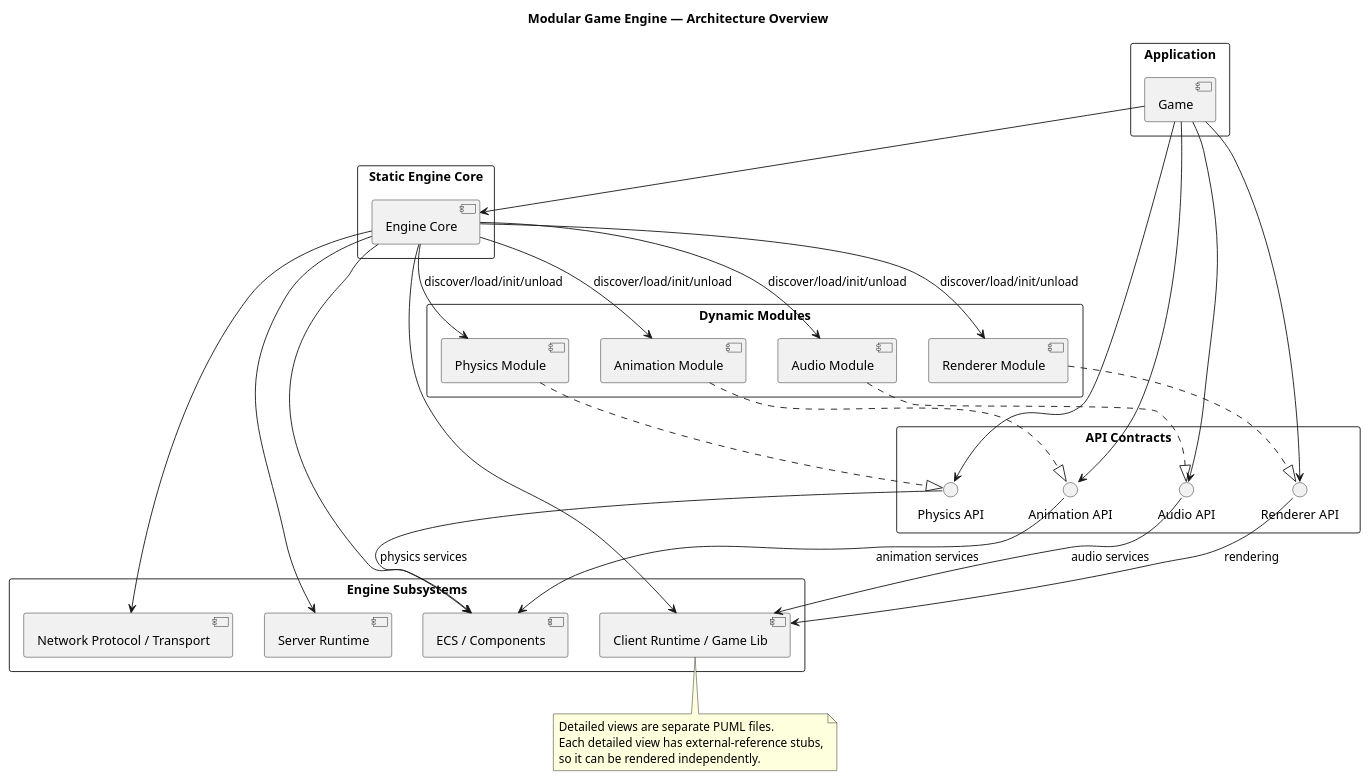
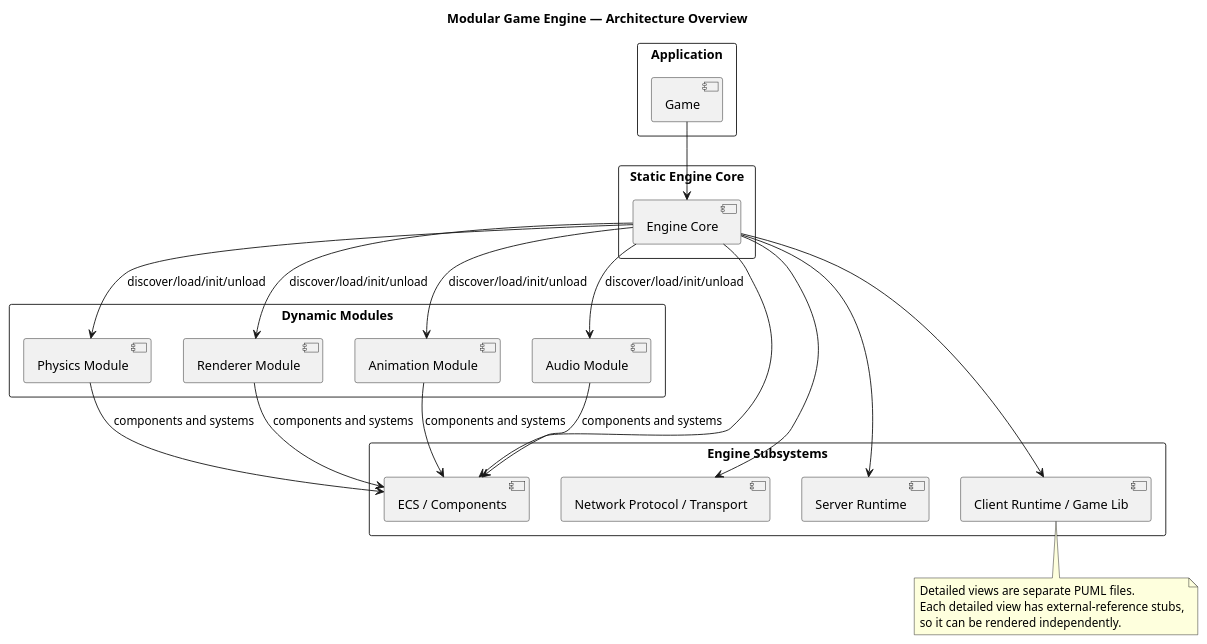
The diagram in docs/architecture/00_overview.puml (aludnier/R-Type_Mirror), drawn with PlantUML before and after one commit. The commit also changed 5 other files, not shown here.

Commit message:
docs(ECS): Update architecture documentation and add guide for writing dynamic modules

```diff
--- a/docs/architecture/00_overview.puml
+++ b/docs/architecture/00_overview.puml
@@ -1,63 +1,48 @@
 @startuml modular_game_engine_overview
 skinparam shadowing false
 skinparam packageStyle rectangle
 
 title Modular Game Engine — Architecture Overview
 
 package "Application" {
     [Game]
 }
 package "Static Engine Core" {
     [Engine Core]
-}
-package "API Contracts" {
-    interface "Physics API" as PhysicsAPI
-    interface "Renderer API" as RendererAPI
-    interface "Animation API" as AnimationAPI
-    interface "Audio API" as AudioAPI
 }
 package "Dynamic Modules" {
     [Physics Module]
     [Renderer Module]
     [Animation Module]
     [Audio Module]
 }
 package "Engine Subsystems" {
     [ECS / Components]
     [Network Protocol / Transport]
     [Server Runtime]
     [Client Runtime / Game Lib]
 }
 
 [Game] --> [Engine Core]
-[Game] --> PhysicsAPI
-[Game] --> RendererAPI
-[Game] --> AnimationAPI
-[Game] --> AudioAPI
-
-[Physics Module] ..|> PhysicsAPI
-[Renderer Module] ..|> RendererAPI
-[Animation Module] ..|> AnimationAPI
-[Audio Module] ..|> AudioAPI
 
 [Engine Core] --> [Physics Module] : discover/load/init/unload
 [Engine Core] --> [Renderer Module] : discover/load/init/unload
 [Engine Core] --> [Animation Module] : discover/load/init/unload
 [Engine Core] --> [Audio Module] : discover/load/init/unload
 
 [Engine Core] --> [ECS / Components]
 [Engine Core] --> [Network Protocol / Transport]
 [Engine Core] --> [Server Runtime]
 [Engine Core] --> [Client Runtime / Game Lib]
 
-PhysicsAPI --> [ECS / Components] : physics services
-RendererAPI --> [Client Runtime / Game Lib] : rendering
-AnimationAPI --> [ECS / Components] : animation services
-AudioAPI --> [Client Runtime / Game Lib] : audio services
+[Physics Module] --> [ECS / Components] : components and systems
+[Renderer Module] --> [ECS / Components] : components and systems
+[Animation Module] --> [ECS / Components] : components and systems
+[Audio Module] --> [ECS / Components] : components and systems
 
 note bottom
 Detailed views are separate PUML files.
 Each detailed view has external-reference stubs,
 so it can be rendered independently.
 end note
 @enduml
```
